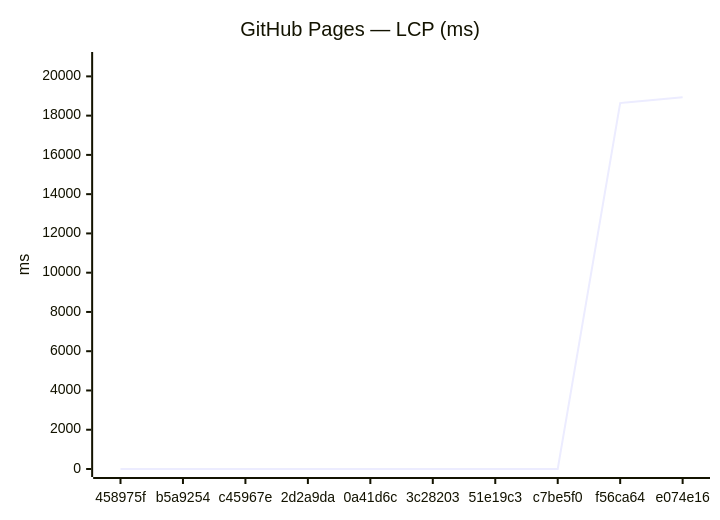
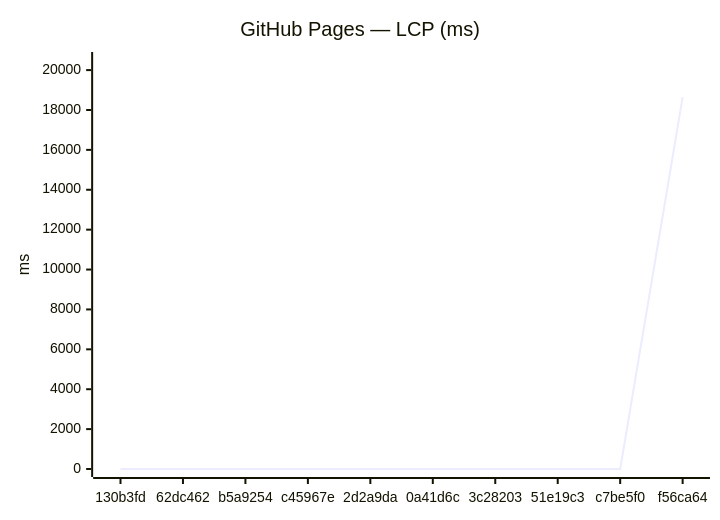
One commit to Metaheurist/Rianell changed the third of 18 diagrams in benchmarks/compare.md. Above: the diagram before and after it, drawn with Mermaid. The commit also changed other lines of this file and 11 other files, not shown here.

````diff
--- a/benchmarks/compare.md
+++ b/benchmarks/compare.md
@@ -54,7 +54,7 @@
 ```mermaid
 xychart-beta
     title "GitHub Pages — LCP (ms)"
-    x-axis ["458975f", "b5a9254", "c45967e", "2d2a9da", "0a41d6c", "3c28203", "51e19c3", "c7be5f0", "f56ca64", "e074e16"]
-    y-axis "ms" 0 --> 20834
-    line [0, 0, 0, 0, 0, 0, 0, 0, 18641, 18940]
+    x-axis ["130b3fd", "62dc462", "b5a9254", "c45967e", "2d2a9da", "0a41d6c", "3c28203", "51e19c3", "c7be5f0", "f56ca64"]
+    y-axis "ms" 0 --> 20506
+    line [0, 0, 0, 0, 0, 0, 0, 0, 0, 18641]
 ```
````
